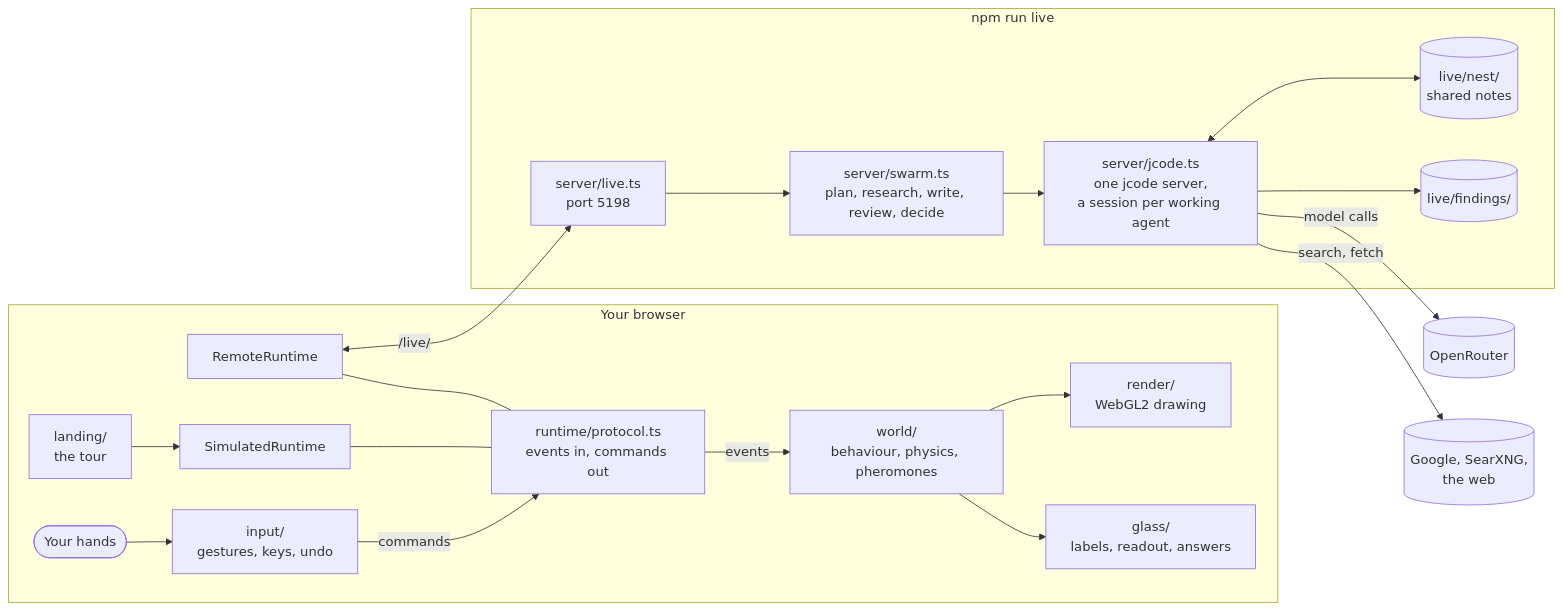
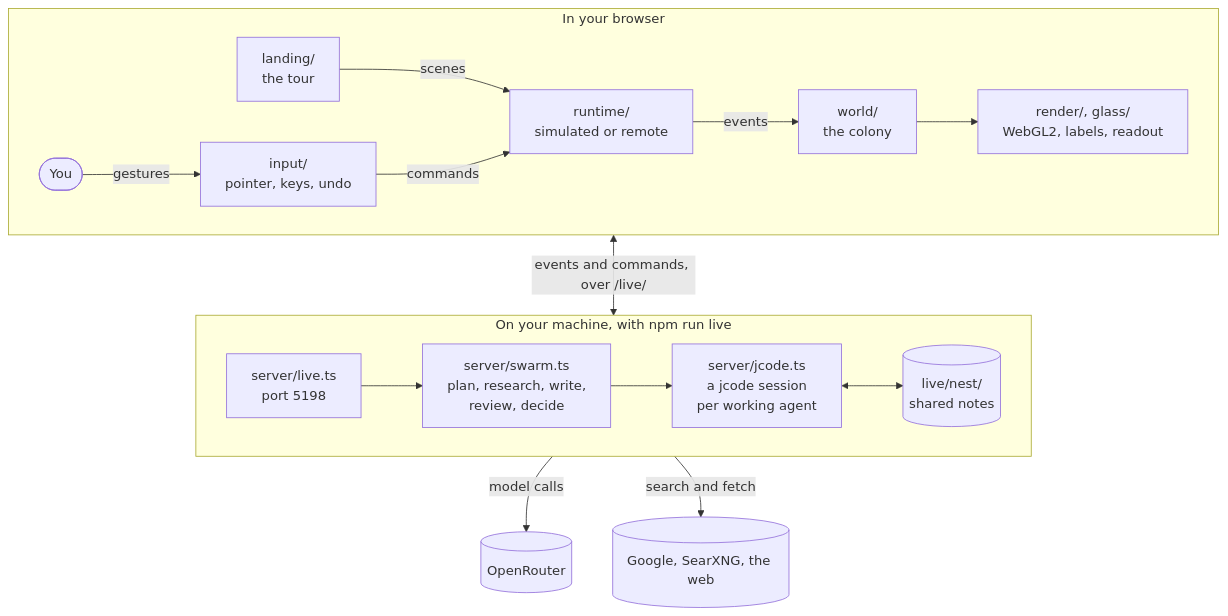
The diagram in README.md (ankushsrivastava0626/swarm), drawn with Mermaid before and after one commit.

Commit message:
Fit the architecture diagram to the page

````diff
--- a/README.md
+++ b/README.md
@@ -202,22 +202,20 @@
 ```mermaid
-flowchart LR
-  subgraph browser["Your browser"]
-    hands(["Your hands"]) --> input["input/<br/>gestures, keys, undo"]
-    input -->|"commands"| rt["runtime/protocol.ts<br/>events in, commands out"]
-    rt -->|"events"| world["world/<br/>behaviour, physics, pheromones"]
-    world --> render["render/<br/>WebGL2 drawing"]
-    world --> glass["glass/<br/>labels, readout, answers"]
-    tour["landing/<br/>the tour"] --> sim["SimulatedRuntime"]
-    sim --- rt
-    remote["RemoteRuntime"] --- rt
+flowchart TB
+  subgraph browser["In your browser"]
+    direction LR
+    you(["You"]) -->|"gestures"| input["input/<br/>pointer, keys, undo"]
+    tour["landing/<br/>the tour"] -->|"scenes"| rt["runtime/<br/>simulated or remote"]
+    input -->|"commands"| rt
+    rt -->|"events"| world["world/<br/>the colony"]
+    world --> draw["render/, glass/<br/>WebGL2, labels, readout"]
   end
-  subgraph machine["npm run live"]
-    live["server/live.ts<br/>port 5198"] --> swarm["server/swarm.ts<br/>plan, research, write, review, decide"]
-    swarm --> jcode["server/jcode.ts<br/>one jcode server,<br/>a session per working agent"]
+  subgraph machine["On your machine, with npm run live"]
+    direction LR
+    live["server/live.ts<br/>port 5198"] --> swarm["server/swarm.ts<br/>plan, research, write,<br/>review, decide"]
+    swarm --> jcode["server/jcode.ts<br/>a jcode session<br/>per working agent"]
     jcode <--> nest[("live/nest/<br/>shared notes")]
-    jcode --> findings[("live/findings/")]
   end
-  remote <-->|"/live/"| live
-  jcode -->|"model calls"| model[("OpenRouter")]
-  jcode -->|"search, fetch"| web[("Google, SearXNG,<br/>the web")]
+  browser <-->|"events and commands, over /live/"| machine
+  machine -->|"model calls"| model[("OpenRouter")]
+  machine -->|"search and fetch"| web[("Google, SearXNG, the web")]
 ```
````
